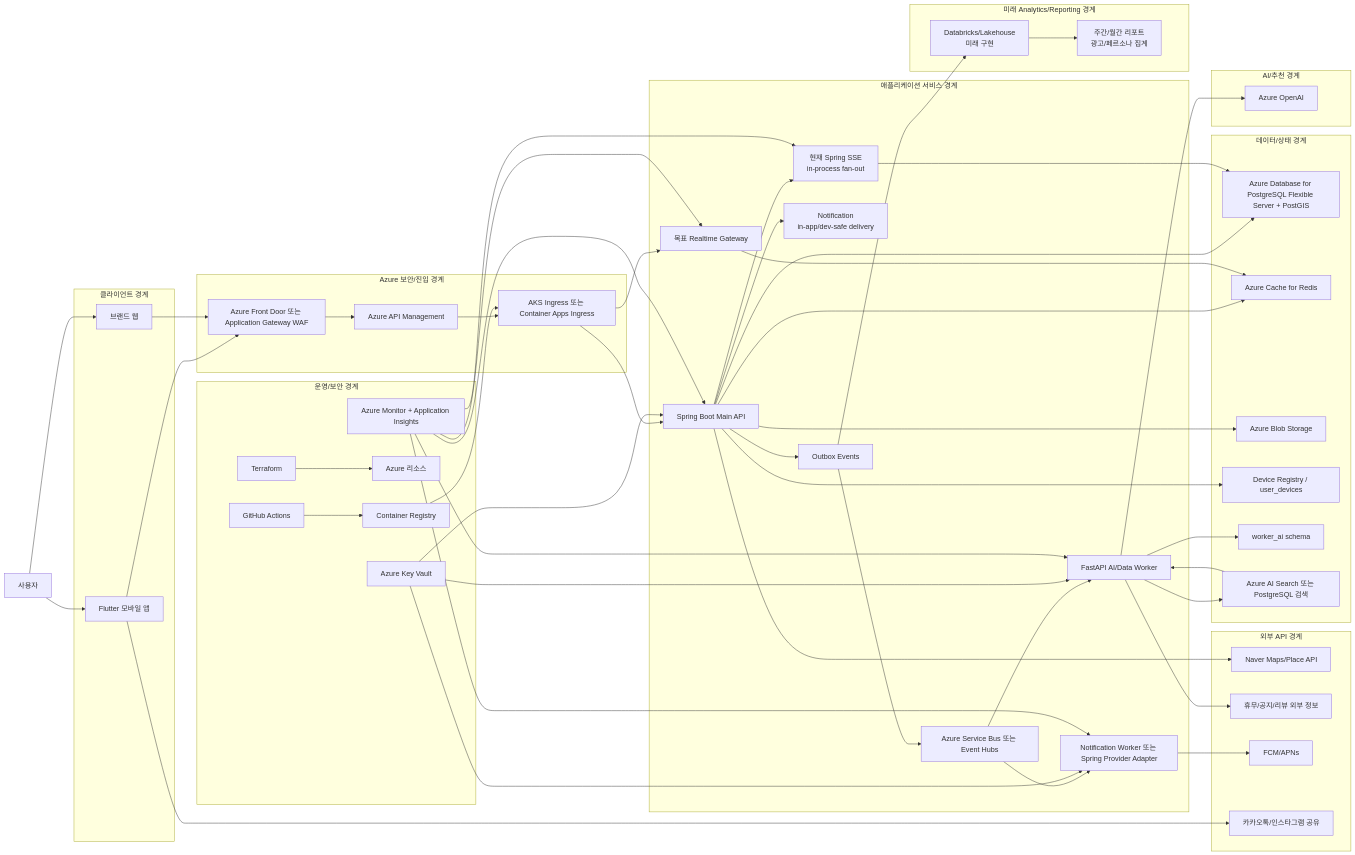
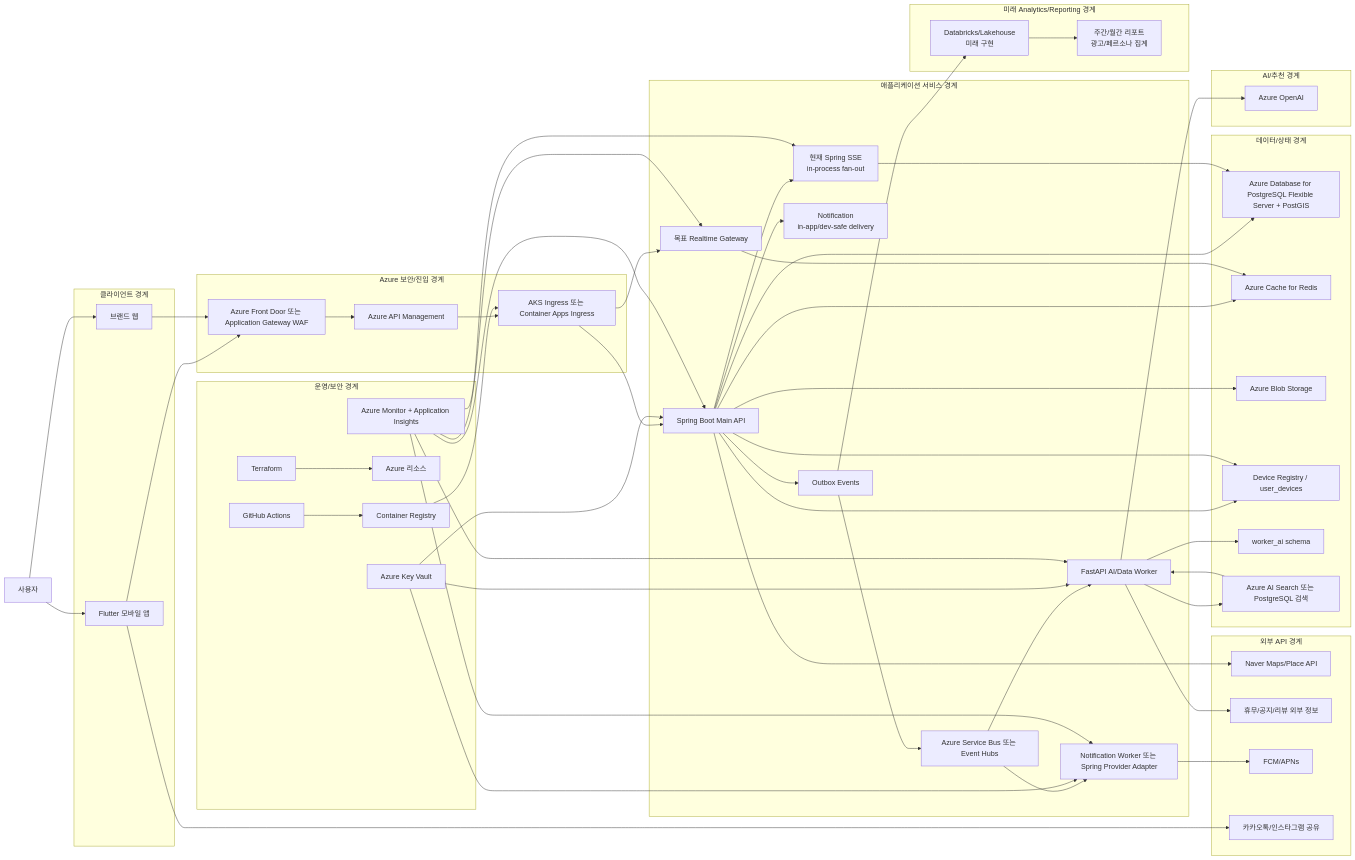
The first of 3 diagrams in docs/architecture/current-architecture-diagram.md (Onieum/ONMU), drawn with Mermaid before and after one commit. The commit also changed other lines of this file and 8 other files, not shown here.

````diff
--- a/docs/architecture/current-architecture-diagram.md
+++ b/docs/architecture/current-architecture-diagram.md
@@ -33,71 +33,72 @@
 ```mermaid
 flowchart LR
     user["사용자"] --> mobile["Flutter 모바일 앱"]
     user --> web["브랜드 웹"]
 
     subgraph client["클라이언트 경계"]
         mobile
         web
     end
 
     mobile --> edge["Azure Front Door 또는 Application Gateway WAF"]
     web --> edge
 
     subgraph azureEdge["Azure 보안/진입 경계"]
         edge --> apim["Azure API Management"]
         apim --> ingress["AKS Ingress 또는 Container Apps Ingress"]
     end
 
     subgraph app["애플리케이션 서비스 경계"]
         ingress --> mainApi["Spring Boot Main API"]
         mainApi --> currentSse["현재 Spring SSE\nin-process fan-out"]
         ingress --> realtime["목표 Realtime Gateway"]
         mainApi --> notificationApi["Notification\nin-app/dev-safe delivery"]
         mainApi --> outbox["Outbox Events"]
         outbox --> bus["Azure Service Bus 또는 Event Hubs"]
         bus --> worker["FastAPI AI/Data Worker"]
         bus --> notificationWorker["Notification Worker 또는 Spring Provider Adapter"]
     end
 
     subgraph data["데이터/상태 경계"]
         mainApi --> postgres["Azure Database for PostgreSQL Flexible Server + PostGIS"]
         mainApi --> redis["Azure Cache for Redis"]
         mainApi --> blob["Azure Blob Storage"]
         mainApi --> devices["Device Registry / user_devices"]
         currentSse --> postgres
+        mainApi --> devices["Device Registry / user_devices"]
         realtime --> redis
         worker --> workerSchema["worker_ai schema"]
         worker --> search["Azure AI Search 또는 PostgreSQL 검색"]
     end
 
     subgraph ai["AI/추천 경계"]
         worker --> openai["Azure OpenAI"]
         search --> worker
     end
 
     subgraph analytics["미래 Analytics/Reporting 경계"]
         outbox --> lakehouse["Databricks/Lakehouse\n미래 구현"]
         lakehouse --> reports["주간/월간 리포트\n광고/페르소나 집계"]
     end
 
     subgraph external["외부 API 경계"]
         mainApi --> naver["Naver Maps/Place API"]
         worker --> publicInfo["휴무/공지/리뷰 외부 정보"]
         notificationWorker --> pushProvider["FCM/APNs"]
         mobile --> share["카카오톡/인스타그램 공유"]
     end
 
     subgraph ops["운영/보안 경계"]
         github["GitHub Actions"] --> registry["Container Registry"]
         registry --> ingress
         terraform["Terraform"] --> azureInfra["Azure 리소스"]
         keyvault["Azure Key Vault"] --> mainApi
         keyvault --> worker
         keyvault --> notificationWorker
         monitor["Azure Monitor + Application Insights"] --> mainApi
         monitor --> worker
         monitor --> currentSse
         monitor --> realtime
         monitor --> notificationWorker
     end
 ```
````
